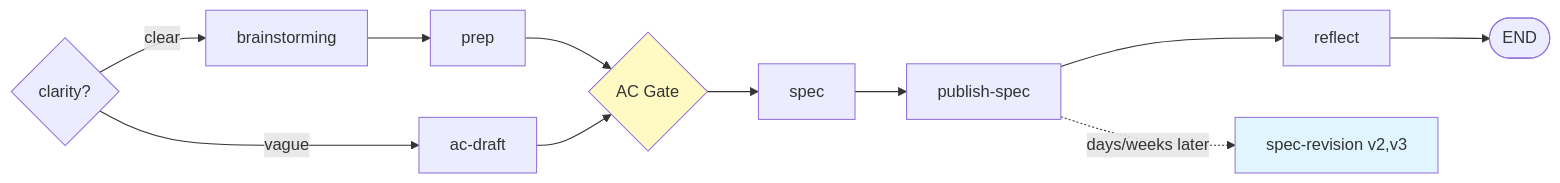
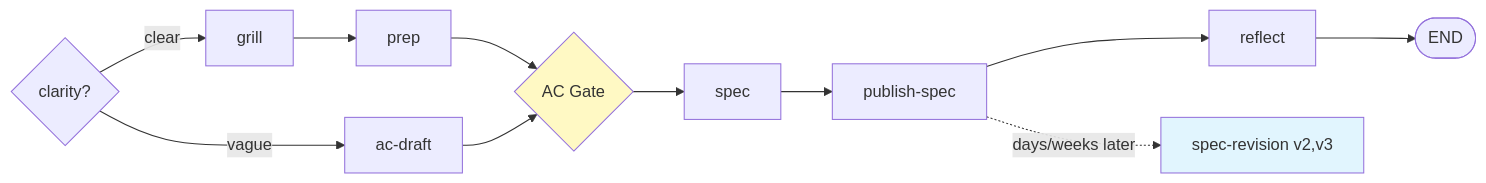
Before and after one commit to narashin/nara-kit: the second of 2 diagrams in skills/README.md, drawn with Mermaid. The commit also changed other lines of this file and 22 other files, not shown here.

````diff
--- a/skills/README.md
+++ b/skills/README.md
@@ -125,12 +129,12 @@
 ```mermaid
 flowchart LR
-    C{clarity?} -->|clear| B["brainstorming"] --> PR[prep]
+    C{clarity?} -->|clear| B["grill"] --> PR[prep]
     C -->|vague| AC[ac-draft]
     PR --> AG{AC Gate}
     AC --> AG
     AG --> S[spec] --> PUB[publish-spec] --> RF[reflect] --> E([END])
     PUB -. days/weeks later .-> REV[spec-revision v2,v3]
 
     style AG fill:#fff9c4
     style REV fill:#e1f5fe
 ```
````
